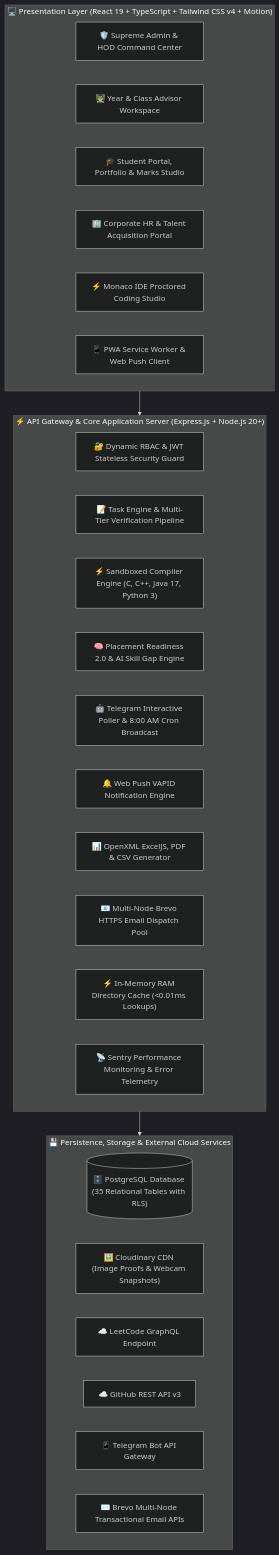
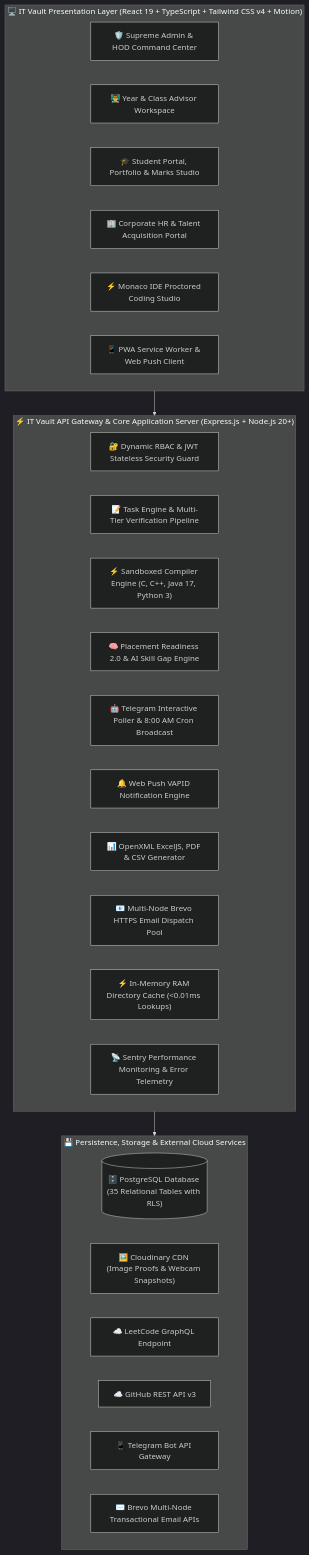
One commit to TK4743/taskmanager changed the first of 10 diagrams in README.md. Above: the diagram before and after it, drawn with Mermaid (dark theme). The commit also changed other lines of this file, not shown here.

Commit message:
docs: rebrand platform documentation to VSBEC IT Vault

````diff
--- a/README.md
+++ b/README.md
@@ -88,36 +91,36 @@
 ```mermaid
 flowchart TD
-    subgraph Client["🖥️ Presentation Layer (React 19 + TypeScript + Tailwind CSS v4 + Motion)"]
+    subgraph Client["🖥️ IT Vault Presentation Layer (React 19 + TypeScript + Tailwind CSS v4 + Motion)"]
         UI_Admin["🛡️ Supreme Admin & HOD Command Center"]
         UI_Faculty["👨‍🏫 Year & Class Advisor Workspace"]
         UI_Student["🎓 Student Portal, Portfolio & Marks Studio"]
         UI_Industry["🏢 Corporate HR & Talent Acquisition Portal"]
         UI_Sandbox["⚡ Monaco IDE Proctored Coding Studio"]
         UI_PWA["📱 PWA Service Worker & Web Push Client"]
     end
 
-    subgraph Gateway["⚡ API Gateway & Core Application Server (Express.js + Node.js 20+)"]
+    subgraph Gateway["⚡ IT Vault API Gateway & Core Application Server (Express.js + Node.js 20+)"]
         Auth["🔐 Dynamic RBAC & JWT Stateless Security Guard"]
         TaskEngine["📝 Task Engine & Multi-Tier Verification Pipeline"]
         SandboxEngine["⚡ Sandboxed Compiler Engine (C, C++, Java 17, Python 3)"]
         ReadinessAI["🧠 Placement Readiness 2.0 & AI Skill Gap Engine"]
         BotEngine["🤖 Telegram Interactive Poller & 8:00 AM Cron Broadcast"]
         PushEngine["🔔 Web Push VAPID Notification Engine"]
         ReportEngine["📊 OpenXML ExcelJS, PDF & CSV Generator"]
         EmailPool["📧 Multi-Node Brevo HTTPS Email Dispatch Pool"]
         CacheLayer["⚡ In-Memory RAM Directory Cache (<0.01ms Lookups)"]
         Telemetry["📡 Sentry Performance Monitoring & Error Telemetry"]
     end
 
     subgraph Storage["💾 Persistence, Storage & External Cloud Services"]
         DB[("🗄️ PostgreSQL Database (35 Relational Tables with RLS)")]
         Cloudinary["🖼️ Cloudinary CDN (Image Proofs & Webcam Snapshots)"]
         LeetCodeAPI["☁️ LeetCode GraphQL Endpoint"]
         GitHubAPI["☁️ GitHub REST API v3"]
         TelegramAPI["📱 Telegram Bot API Gateway"]
         BrevoAPI["✉️ Brevo Multi-Node Transactional Email APIs"]
     end
 
     Client --> Gateway
     Gateway --> Storage
 ```
````
